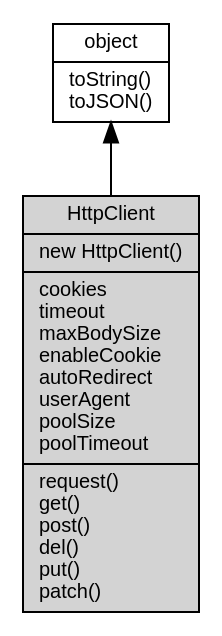
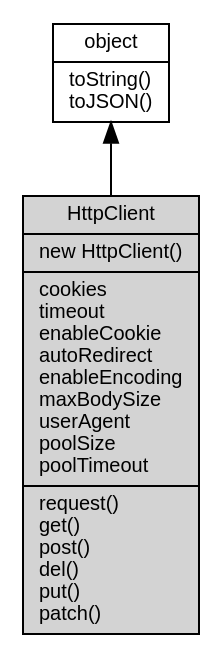
One commit to fibjs/fibjs.org changed the diagram in docs/manual/object/ifs/HttpClient.md. Above: the diagram before and after it, drawn with Graphviz. The commit also changed other lines of this file and 210 other files, not shown here.

````diff
--- a/docs/manual/object/ifs/HttpClient.md
+++ b/docs/manual/object/ifs/HttpClient.md
@@ -14,10 +14,10 @@
 ```dot
 digraph {
     node [fontname="Helvetica,sans-Serif", fontsize=10, shape="record", style="filled", fillcolor="white"];
 
     object [tooltip="object", URL="object.md", label="{object|toString()\ltoJSON()\l}"];
-    HttpClient [tooltip="HttpClient", fillcolor="lightgray", id="me", label="{HttpClient|new HttpClient()\l|cookies\ltimeout\lmaxBodySize\lenableCookie\lautoRedirect\luserAgent\lpoolSize\lpoolTimeout\l|request()\lget()\lpost()\ldel()\lput()\lpatch()\l}"];
+    HttpClient [tooltip="HttpClient", fillcolor="lightgray", id="me", label="{HttpClient|new HttpClient()\l|cookies\ltimeout\lenableCookie\lautoRedirect\lenableEncoding\lmaxBodySize\luserAgent\lpoolSize\lpoolTimeout\l|request()\lget()\lpost()\ldel()\lput()\lpatch()\l}"];
 
     object -> HttpClient [dir=back];
 }
 ```
````
